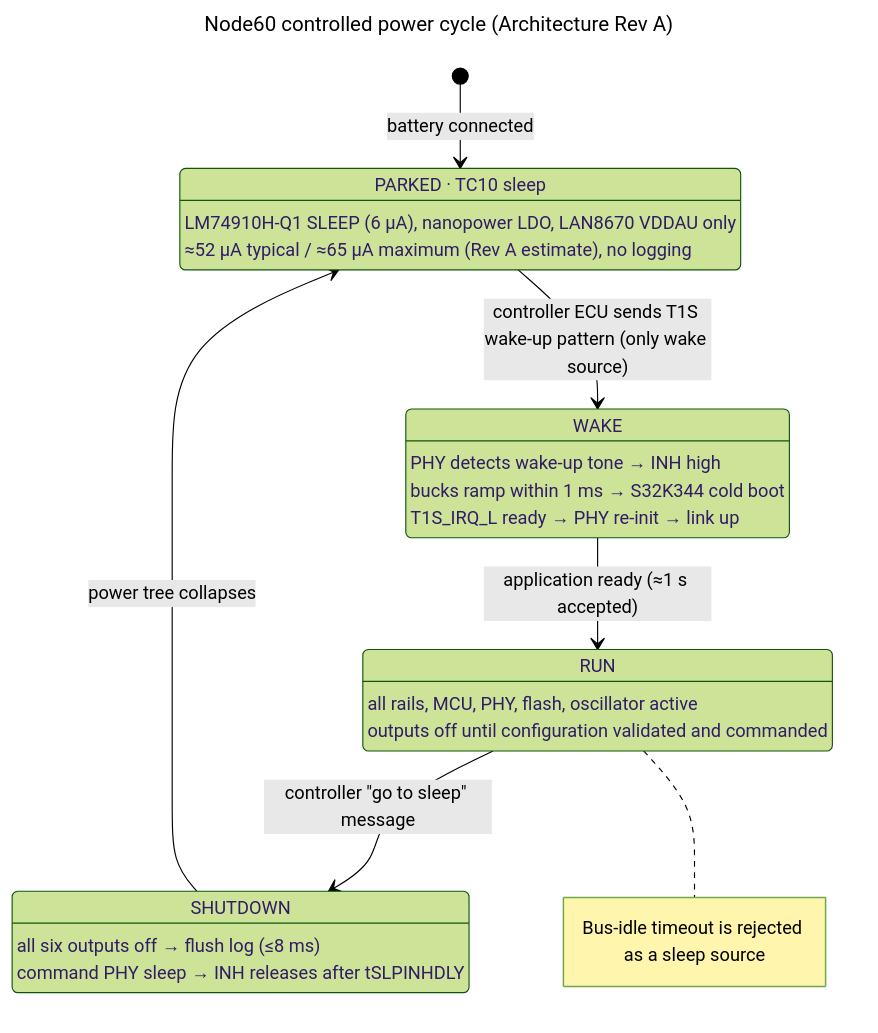
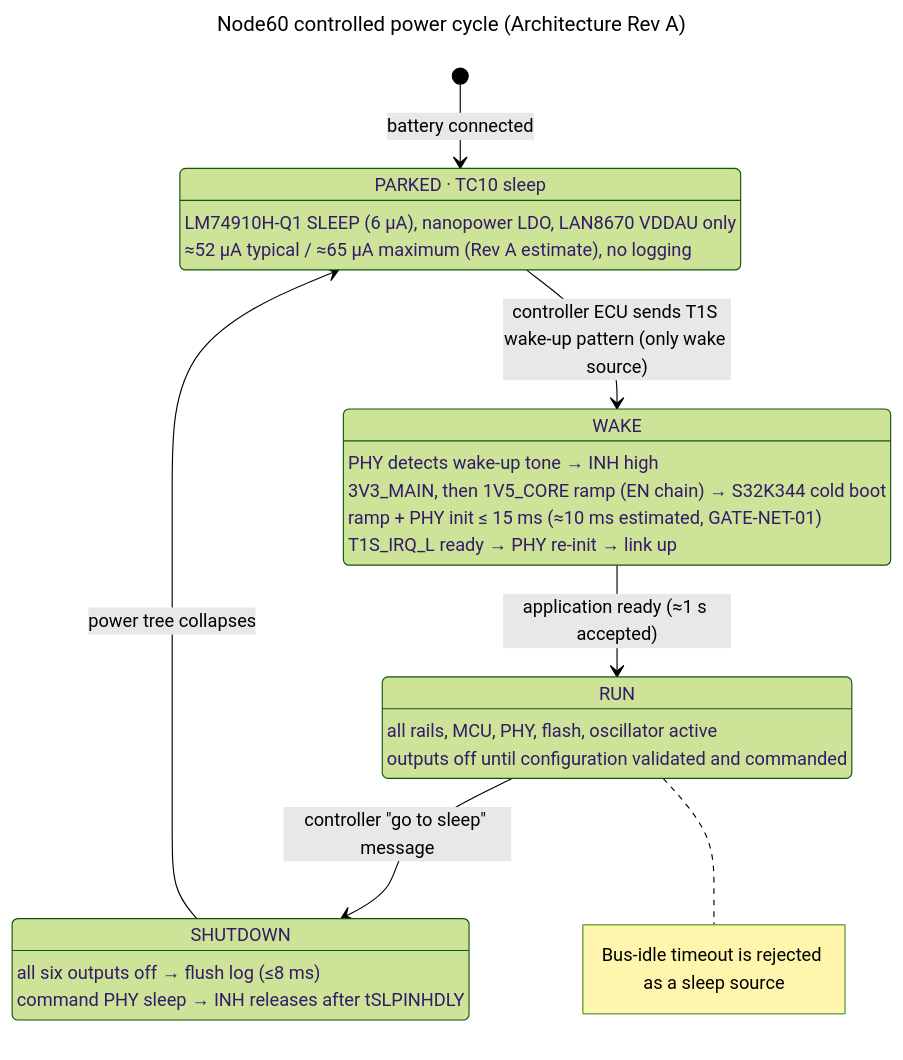
The diagram in docs/src/diagrams/power-cycle.mmd (karlTbowers/node60-hw), drawn with Mermaid (forest theme) before and after one commit. The commit also changed 9 other files, not shown here.

```diff
--- a/docs/src/diagrams/power-cycle.mmd
+++ b/docs/src/diagrams/power-cycle.mmd
@@ -1,31 +1,32 @@
 ---
 title: Node60 controlled power cycle (Architecture Rev A)
 ---
 stateDiagram-v2
     [*] --> Parked: battery connected
 
     Parked: PARKED · TC10 sleep
     Parked: LM74910H-Q1 SLEEP (6 µA), nanopower LDO, LAN8670 VDDAU only
     Parked: ≈52 µA typical / ≈65 µA maximum (Rev A estimate), no logging
 
     Wake: WAKE
     Wake: PHY detects wake-up tone → INH high
-    Wake: bucks ramp within 1 ms → S32K344 cold boot
+    Wake: 3V3_MAIN, then 1V5_CORE ramp (EN chain) → S32K344 cold boot
+    Wake: ramp + PHY init ≤ 15 ms (≈10 ms estimated, GATE-NET-01)
     Wake: T1S_IRQ_L ready → PHY re-init → link up
 
     Run: RUN
     Run: all rails, MCU, PHY, flash, oscillator active
     Run: outputs off until configuration validated and commanded
 
     Shutdown: SHUTDOWN
     Shutdown: all six outputs off → flush log (≤8 ms)
     Shutdown: command PHY sleep → INH releases after tSLPINHDLY
 
     Parked --> Wake: controller ECU sends T1S wake-up pattern (only wake source)
     Wake --> Run: application ready (≈1 s accepted)
     Run --> Shutdown: controller "go to sleep" message
     Shutdown --> Parked: power tree collapses
 
     note right of Run
         Bus-idle timeout is rejected as a sleep source
     end note
```
